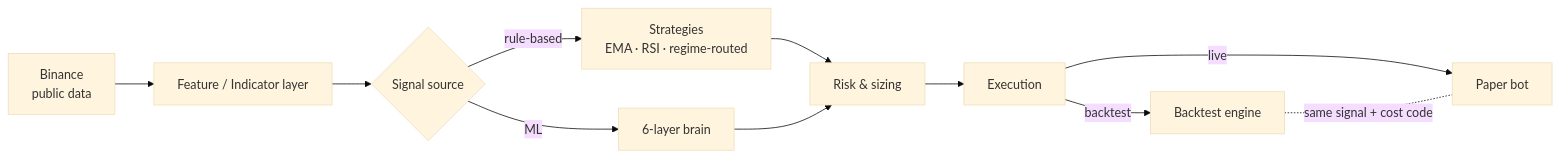
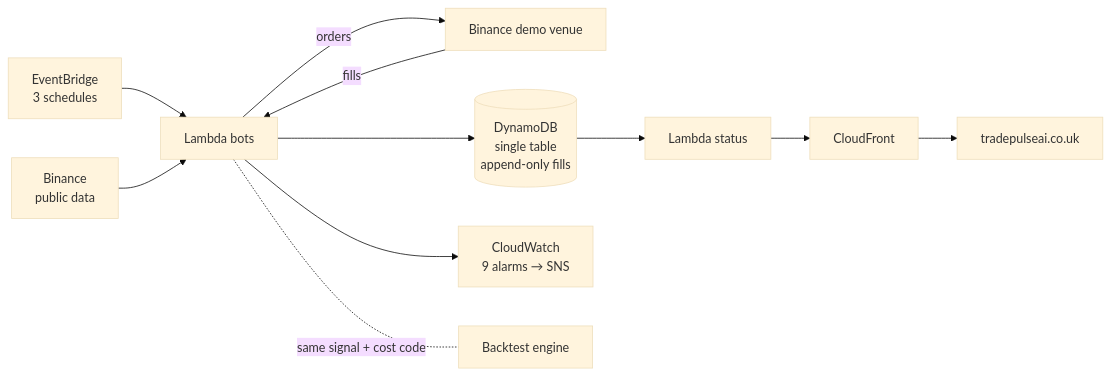
Before and after one commit to KrisRz/TradePulse.AI: the diagram in README.md, drawn with Mermaid (base theme). The commit also changed other lines of this file and 1 other file, not shown here.

````diff
--- a/README.md
+++ b/README.md
@@ -23,13 +38,12 @@
 ```mermaid
 flowchart LR
-    B[Binance<br/>public data] --> F[Feature / Indicator layer]
-    F --> S{Signal source}
-    S -->|rule-based| ST[Strategies<br/>EMA · RSI · regime-routed]
-    S -->|ML| BR[6-layer brain]
-    ST --> R[Risk & sizing]
-    BR --> R
-    R --> EX[Execution]
-    EX -->|backtest| BT[Backtest engine]
-    EX -->|live| PB[Paper bot]
-    BT -. same signal + cost code .- PB
+    EB[EventBridge<br/>3 schedules] --> L[Lambda bots]
+    B[Binance<br/>public data] --> L
+    L -->|orders| V[Binance demo venue]
+    V -->|fills| L
+    L --> D[(DynamoDB<br/>single table<br/>append-only fills)]
+    L --> CW[CloudWatch<br/>9 alarms → SNS]
+    D --> ST[Lambda status]
+    ST --> CF[CloudFront] --> W[tradepulseai.co.uk]
+    L -. same signal + cost code .- BT[Backtest engine]
 ```
````
